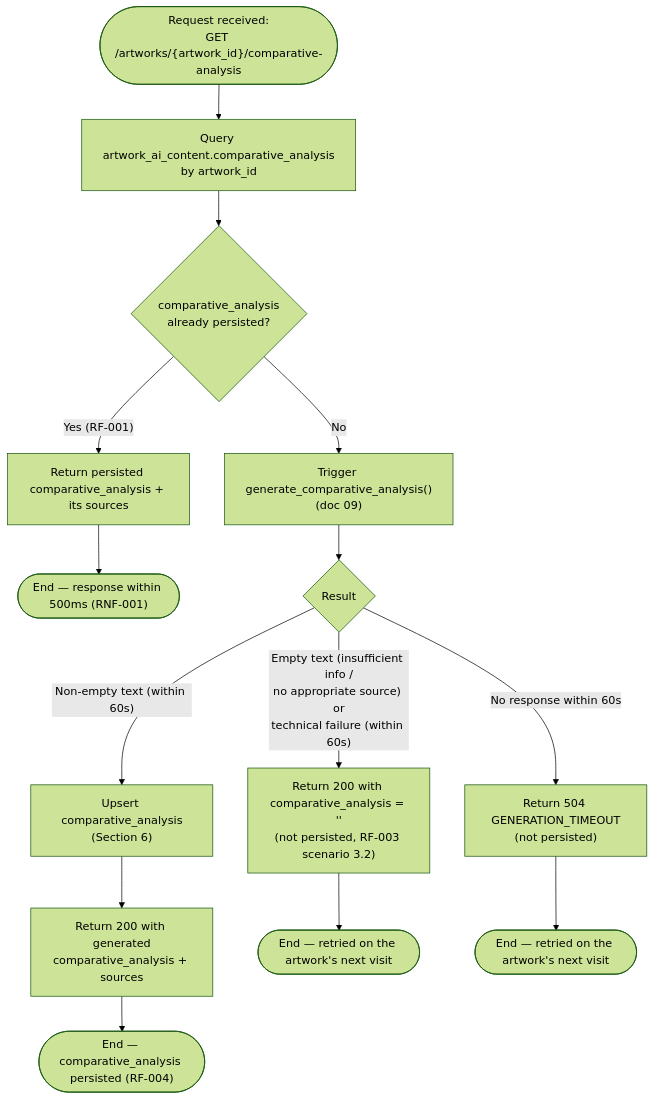
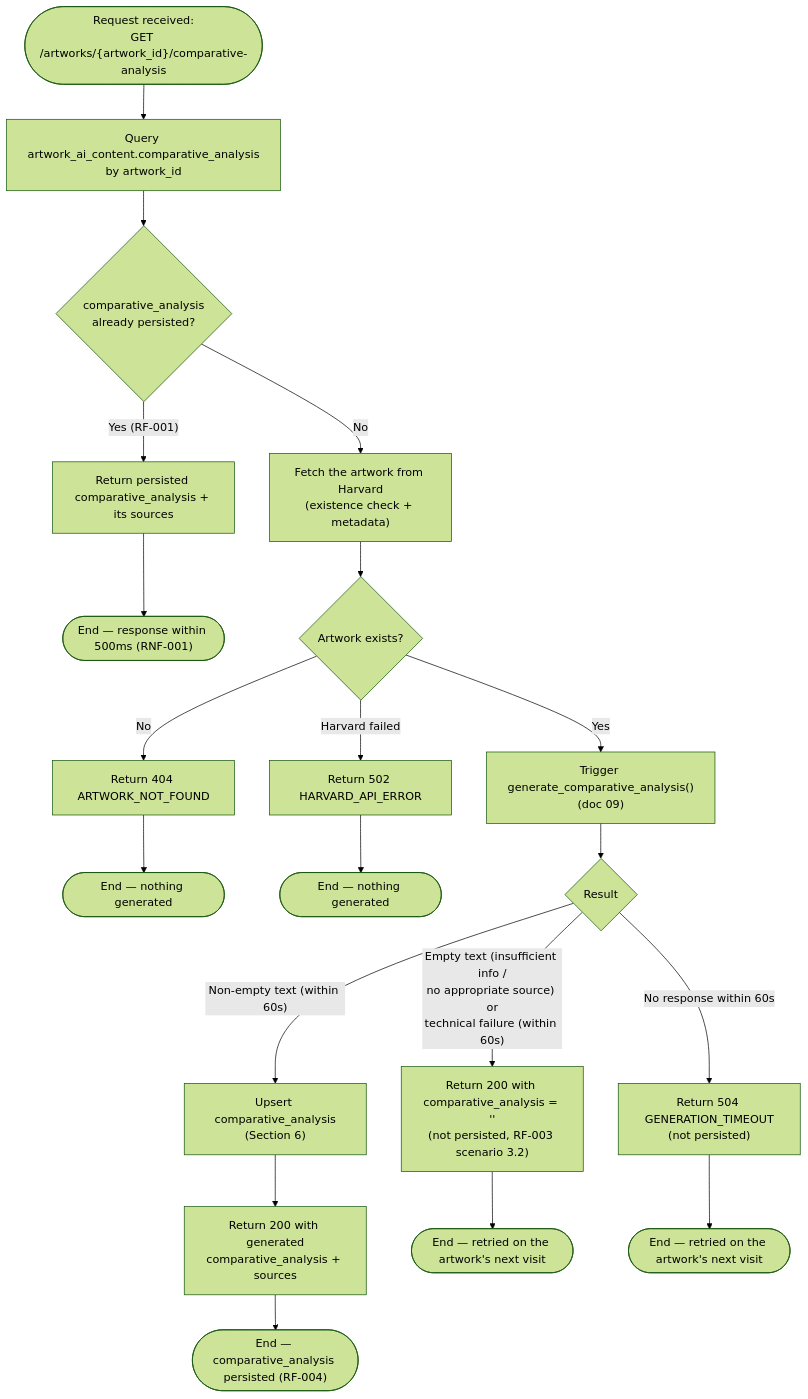
The second of 4 diagrams in documentation/specs/06-persistence-flow.md (Jeferson-Filho/Art-Archive-Front-AI), drawn with Mermaid (forest theme) before and after one commit. The commit also changed other lines of this file and 4 other files, not shown here.

First line of the commit message:
📚 docs(specs): specify the Harvard existence check and the global error envelope

````diff
--- a/documentation/specs/06-persistence-flow.md
+++ b/documentation/specs/06-persistence-flow.md
@@ -76,21 +88,28 @@
 ```mermaid
 flowchart TD
     CStart(["Request received:<br/>GET /artworks/{artwork_id}/comparative-analysis"]) --> CCheckDB["Query artwork_ai_content.comparative_analysis<br/>by artwork_id"]
 
     CCheckDB --> CExists{"comparative_analysis<br/>already persisted?"}
     CExists -- "Yes (RF-001)" --> CFromDB["Return persisted comparative_analysis + its sources"]
     CFromDB --> CEndCached(["End — response within 500ms (RNF-001)"])
 
-    CExists -- No --> CTrigger["Trigger generate_comparative_analysis()<br/>(doc 09)"]
+    CExists -- No --> CHarvard["Fetch the artwork from Harvard<br/>(existence check + metadata)"]
+    CHarvard --> CArtwork{"Artwork exists?"}
+    CArtwork -- "No" --> CNotFound["Return 404 ARTWORK_NOT_FOUND"]
+    CNotFound --> CEndNotFound(["End — nothing generated"])
+    CArtwork -- "Harvard failed" --> CHarvardError["Return 502 HARVARD_API_ERROR"]
+    CHarvardError --> CEndHarvardError(["End — nothing generated"])
+
+    CArtwork -- Yes --> CTrigger["Trigger generate_comparative_analysis()<br/>(doc 09)"]
     CTrigger --> CResult{"Result"}
 
     CResult -- "Non-empty text (within 60s)" --> CPersist["Upsert comparative_analysis<br/>(Section 6)"]
     CPersist --> CReturnGenerated["Return 200 with generated<br/>comparative_analysis + sources"]
     CReturnGenerated --> CEndSuccess(["End — comparative_analysis persisted (RF-004)"])
 
     CResult -- "Empty text (insufficient info /<br/>no appropriate source) or<br/>technical failure (within 60s)" --> CEmpty["Return 200 with comparative_analysis = ''<br/>(not persisted, RF-003 scenario 3.2)"]
     CEmpty --> CEndEmpty(["End — retried on the artwork's next visit"])
 
     CResult -- "No response within 60s" --> CTimeout["Return 504 GENERATION_TIMEOUT<br/>(not persisted)"]
     CTimeout --> CEndTimeout(["End — retried on the artwork's next visit"])
 ```
````
